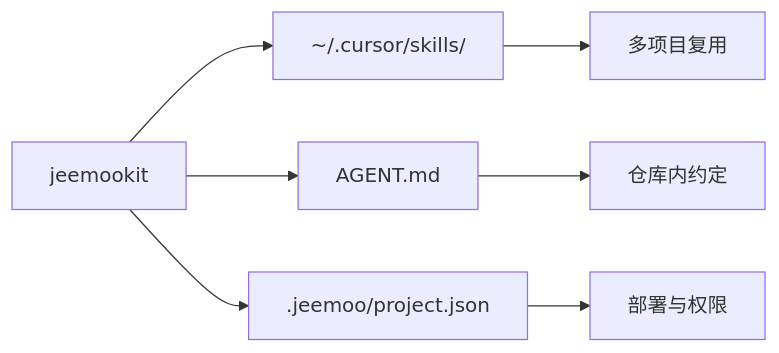
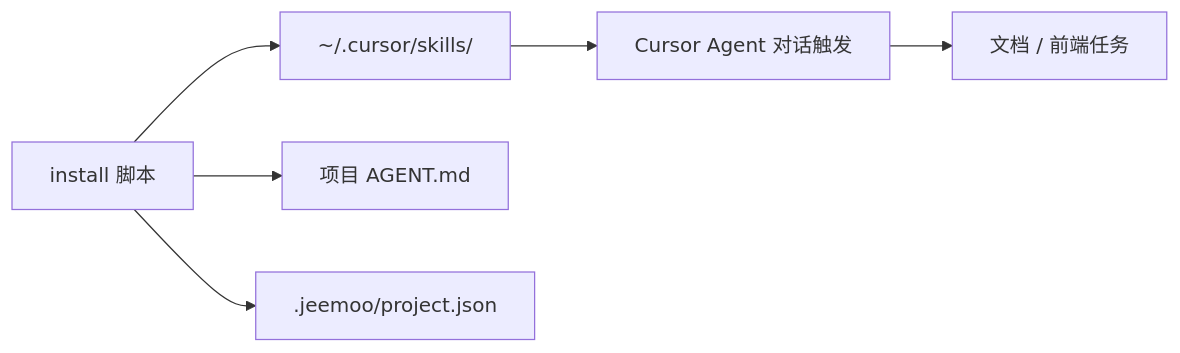
Before and after one commit to jeemoonet/jeemookit: the first of 3 diagrams in doc/README.md, drawn with Mermaid. The commit also changed other lines of this file and 3 other files, not shown here.

````diff
--- a/doc/README.md
+++ b/doc/README.md
@@ -25,9 +21,8 @@
 ```mermaid
 flowchart LR
-    K[jeemookit] --> S[~/.cursor/skills/]
-    K --> A[AGENT.md]
-    K --> P[.jeemoo/project.json]
-    S --> P1[多项目复用]
-    A --> P2[仓库内约定]
-    P --> P3[部署与权限]
+    I[install 脚本] --> S[~/.cursor/skills/]
+    I --> A[项目 AGENT.md]
+    I --> P[.jeemoo/project.json]
+    S --> U[Cursor Agent 对话触发]
+    U --> D[文档 / 前端任务]
 ```
````
